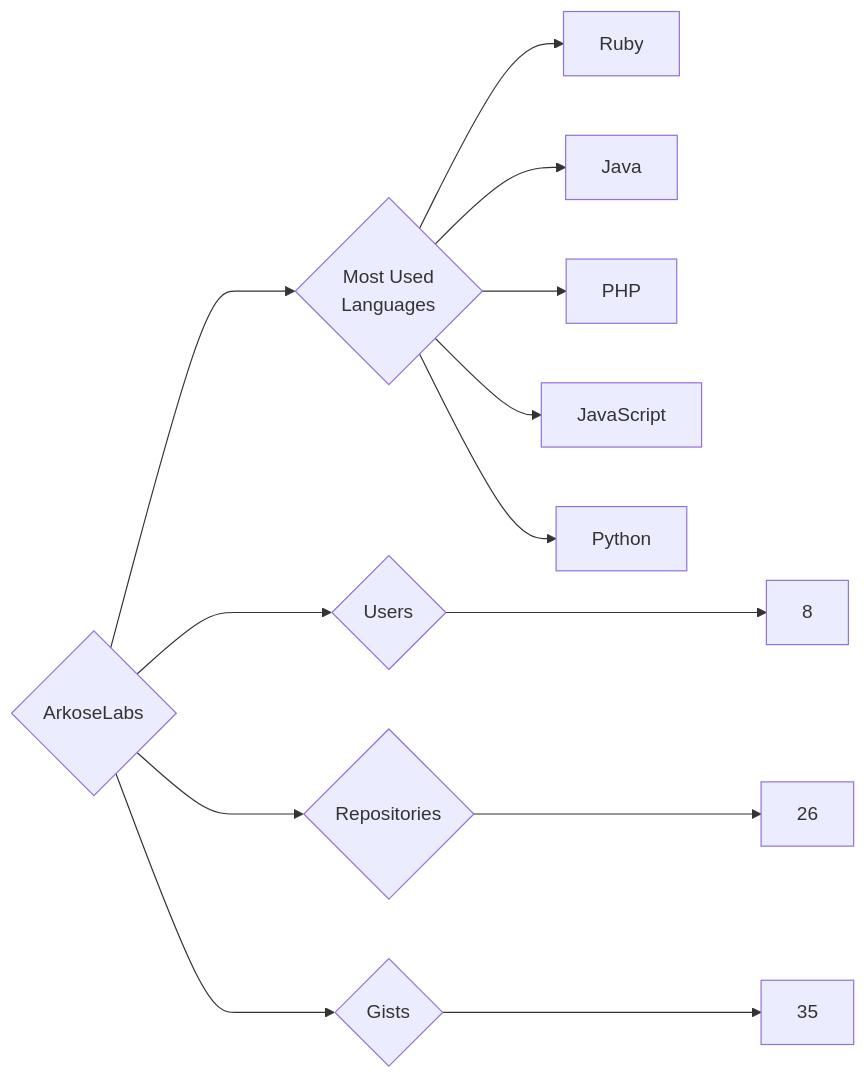
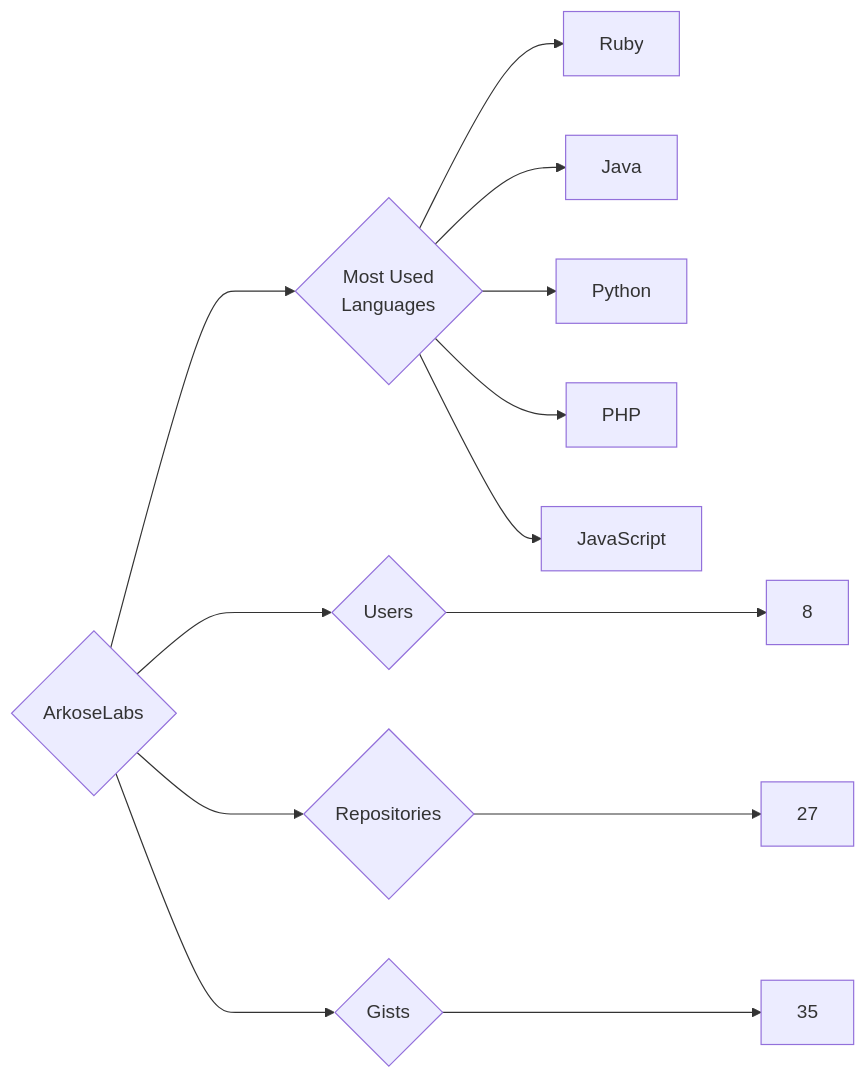
The diagram in targets/ArkoseLabs/README.md (trickest/insiders), drawn with Mermaid before and after one commit. The commit also changed 1092 other files, not shown here.

````diff
--- a/targets/ArkoseLabs/README.md
+++ b/targets/ArkoseLabs/README.md
@@ -3,13 +3,13 @@
 ```mermaid
 graph LR
 COMPANY_NAME{ArkoseLabs}
 COMPANY_NAME ---> U{Users} ---> UN[8]
-COMPANY_NAME ---> R{Repositories} ---> RN[26]
+COMPANY_NAME ---> R{Repositories} ---> RN[27]
 COMPANY_NAME ---> G{Gists} ---> GN[35]
 COMPANY_NAME ---> ML{Most Used<br>Languages}
 ML --> Ruby[Ruby]
 ML --> Java[Java]
+ML --> Python[Python]
 ML --> PHP[PHP]
 ML --> JavaScript[JavaScript]
-ML --> Python[Python]
 ```
````
